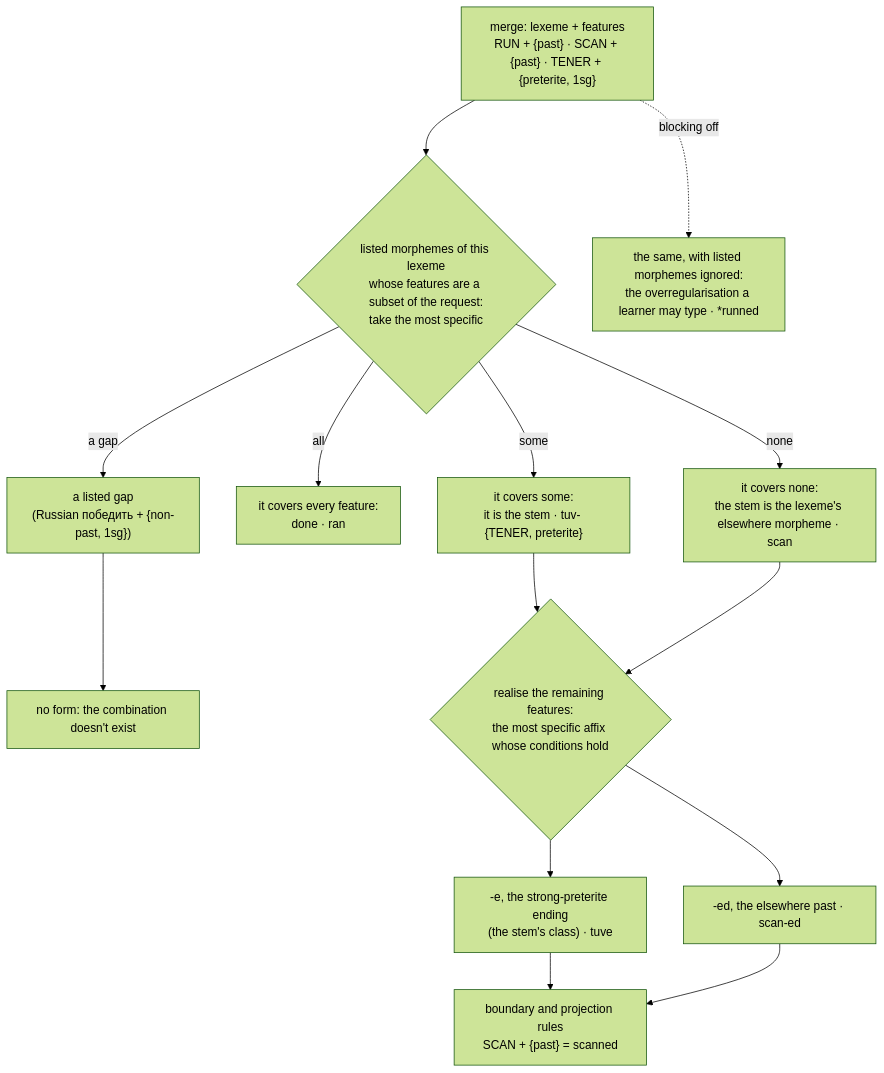
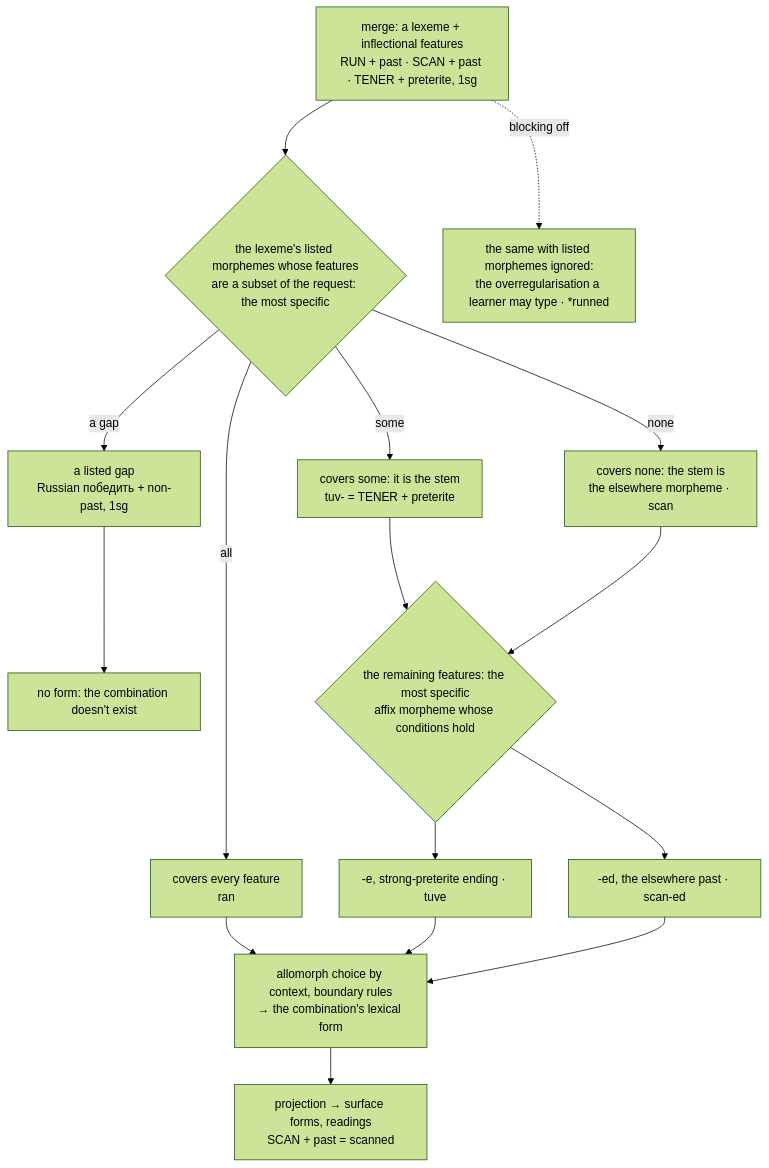
One commit to iwsfutcmd/nabu changed the fourth of 6 diagrams in docs/lexeme-model.md. Above: the diagram before and after it, drawn with Mermaid (forest theme). The commit also changed other lines of this file, not shown here.

First line of the commit message:
docs(lexeme-model): new diagrams in the current terms

````diff
--- a/docs/lexeme-model.md
+++ b/docs/lexeme-model.md
@@ -353,24 +174,25 @@
 ```mermaid
 flowchart TB
-  REQ["merge: lexeme + features<br/>RUN + {past} · SCAN + {past} · TENER + {preterite, 1sg}"]
-  LOOK{"listed morphemes of this lexeme<br/>whose features are a subset of the request:<br/>take the most specific"}
-  GAP["a listed gap<br/>(Russian победить + {non-past, 1sg})"]
+  REQ["merge: a lexeme + inflectional features<br/>RUN + past · SCAN + past · TENER + preterite, 1sg"]
+  LOOK{"the lexeme's listed morphemes whose features<br/>are a subset of the request: the most specific"}
+  GAP["a listed gap<br/>Russian победить + non-past, 1sg"]
   NONE["no form: the combination doesn't exist"]
-  ALL["it covers every feature:<br/>done · ran"]
-  PART["it covers some:<br/>it is the stem · tuv‑ {TENER, preterite}"]
-  BASE["it covers none:<br/>the stem is the lexeme's elsewhere morpheme · scan"]
-  AFF{"realise the remaining features:<br/>the most specific affix whose conditions hold"}
-  A1["‑e, the strong-preterite ending<br/>(the stem's class) · tuve"]
+  ALL["covers every feature<br/>ran"]
+  PART["covers some: it is the stem<br/>tuv‑ = TENER + preterite"]
+  BASE["covers none: the stem is<br/>the elsewhere morpheme · scan"]
+  AFF{"the remaining features: the most specific<br/>affix morpheme whose conditions hold"}
+  A1["‑e, strong-preterite ending · tuve"]
   A2["‑ed, the elsewhere past · scan‑ed"]
-  BND["boundary and projection rules<br/>SCAN + {past} = scanned"]
-  OFF["the same, with listed morphemes ignored:<br/>the overregularisation a learner may type · *runned"]
-
+  ALO["allomorph choice by context, boundary rules<br/>→ the combination's lexical form"]
+  PRJ["projection → surface forms, readings<br/>SCAN + past = scanned"]
+  OFF["the same with listed morphemes ignored:<br/>the overregularisation a learner may type · *runned"]
   REQ --> LOOK
   LOOK -->|a gap| GAP --> NONE
-  LOOK -->|all| ALL
+  LOOK -->|all| ALL --> ALO
   LOOK -->|some| PART --> AFF
   LOOK -->|none| BASE --> AFF
-  AFF --> A1 --> BND
-  AFF --> A2 --> BND
+  AFF --> A1 --> ALO
+  AFF --> A2 --> ALO
+  ALO --> PRJ
   REQ -.->|blocking off| OFF
 ```
````
